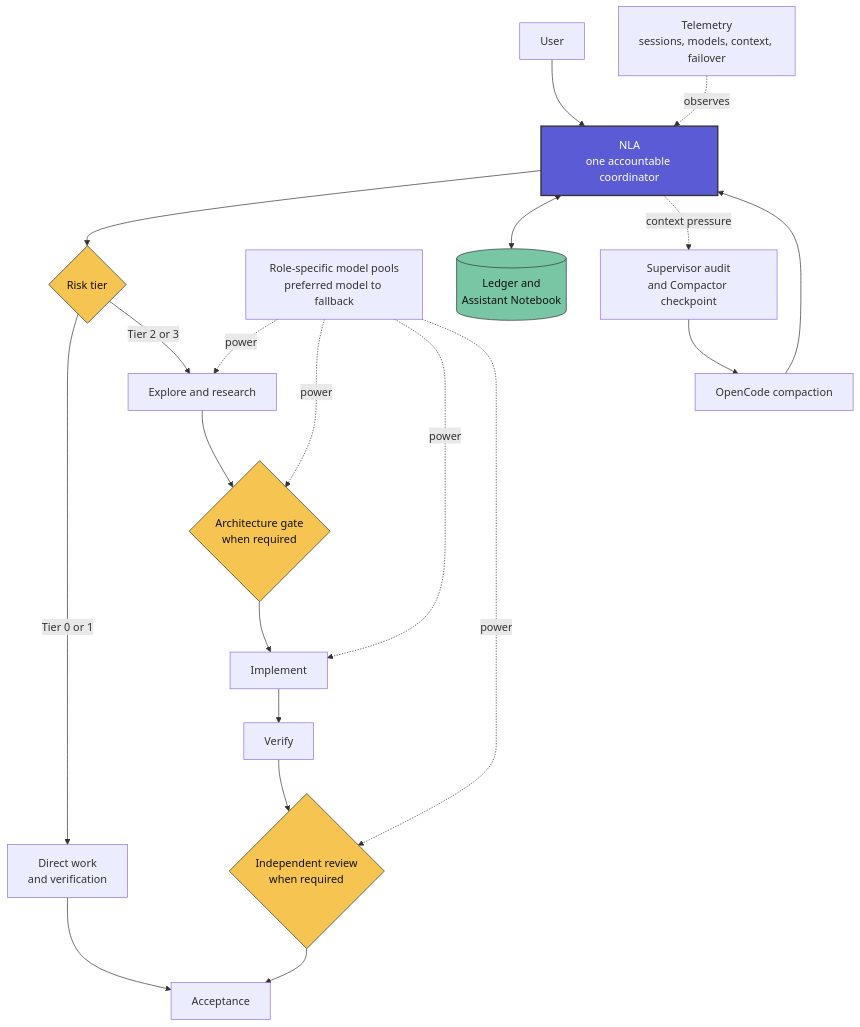
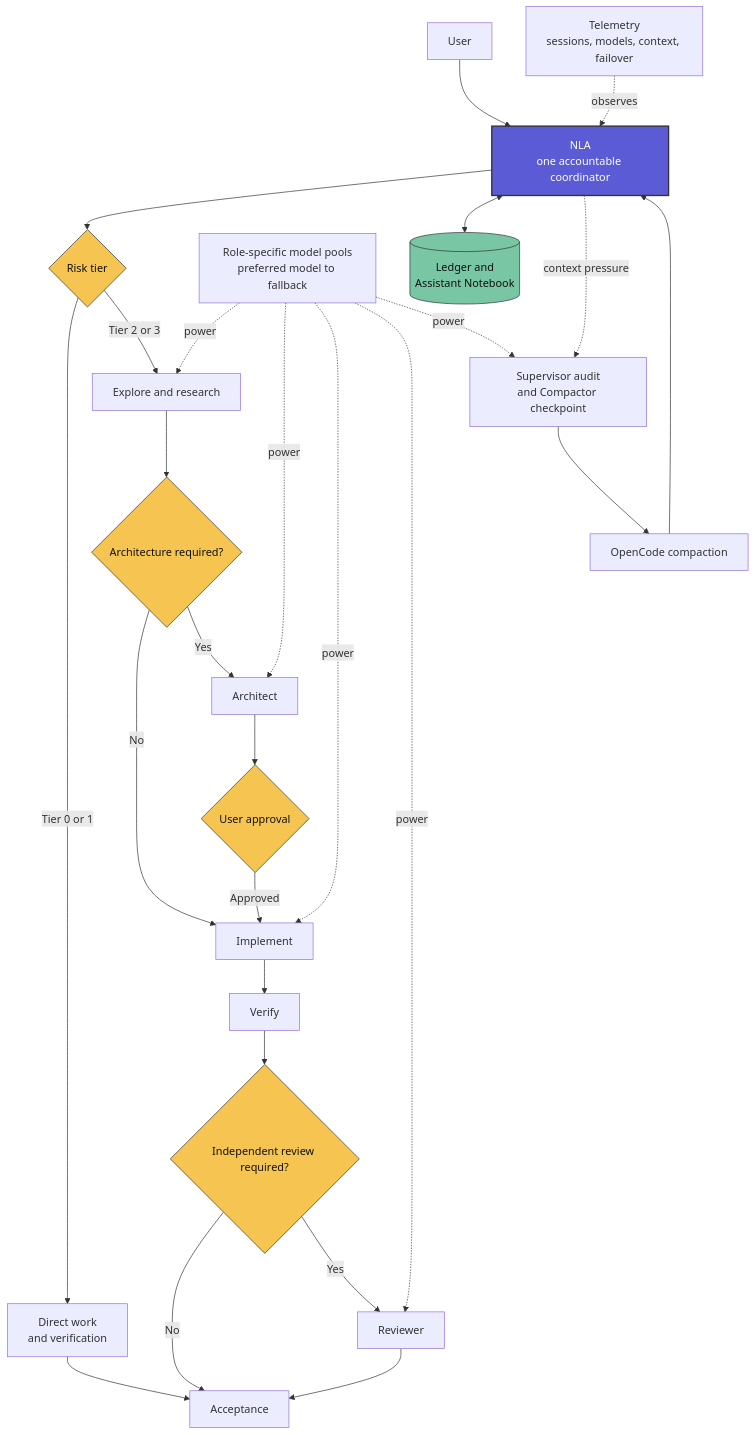
The diagram in README.md (pickleshell/next-level-agent), drawn with Mermaid before and after one commit.

Commit message:
docs(nla): clarify optional workflow gates

````diff
--- a/README.md
+++ b/README.md
@@ -30,33 +30,39 @@
 ```mermaid
 flowchart TB
     U[User] --> N[NLA<br/>one accountable coordinator]
     N --> T{Risk tier}
 
     T -->|Tier 0 or 1| D[Direct work<br/>and verification]
     T -->|Tier 2 or 3| E[Explore and research]
-    E --> A{Architecture gate<br/>when required}
-    A --> I[Implement]
+    E --> AG{Architecture required?}
+    AG -->|No| I[Implement]
+    AG -->|Yes| A[Architect]
+    A --> G{User approval}
+    G -->|Approved| I
     I --> V[Verify]
-    V --> R{Independent review<br/>when required}
+    V --> RG{Independent review required?}
+    RG -->|No| X
+    RG -->|Yes| R[Reviewer]
     D --> X[Acceptance]
     R --> X
 
     P[Role-specific model pools<br/>preferred model to fallback] -. power .-> E
     P -. power .-> A
     P -. power .-> I
     P -. power .-> R
+    P -. power .-> C
 
     N <--> M[(Ledger and<br/>Assistant Notebook)]
     N -. context pressure .-> C[Supervisor audit<br/>and Compactor checkpoint]
     C --> O[OpenCode compaction]
     O --> N
 
     L[Telemetry<br/>sessions, models, context, failover] -. observes .-> N
 
     classDef primary fill:#5b5bd6,color:#fff,stroke:#333,stroke-width:2px;
     classDef gate fill:#f5c451,color:#111,stroke:#333;
     classDef memory fill:#78c6a3,color:#111,stroke:#333;
     class N primary;
-    class T,A,R gate;
+    class T,AG,G,RG gate;
     class M memory;
 ```
````
